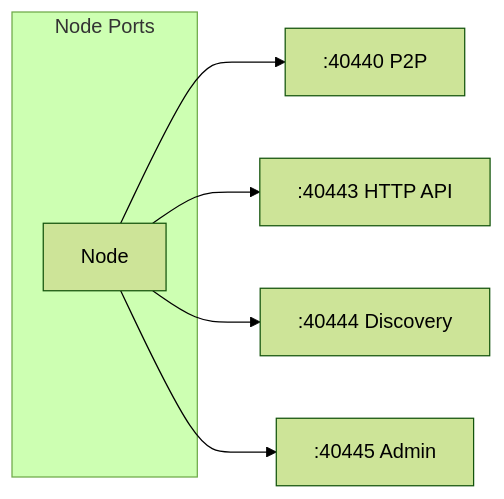
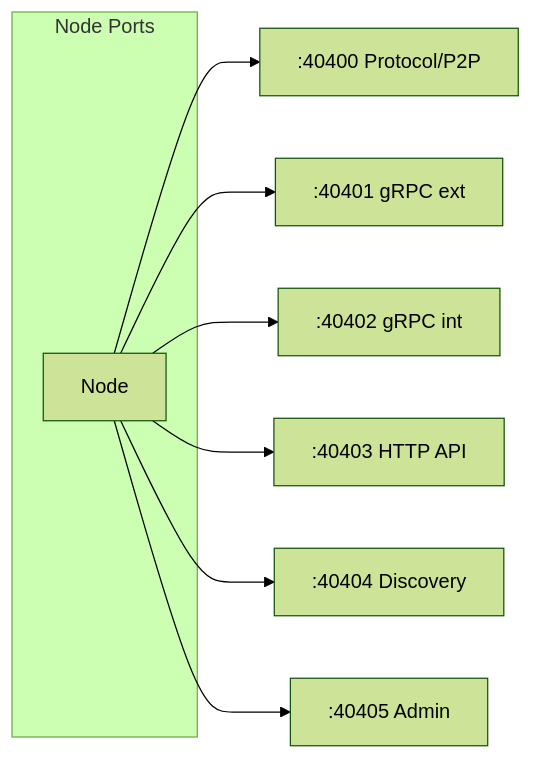
Before and after one commit to asi-alliance/asi-chain-docs-portal: the second of 5 diagrams in architecture/component-diagrams/node/index.md, drawn with Mermaid (forest theme). The commit also changed other lines of this file and 16 other files, not shown here.

````diff
--- a/architecture/component-diagrams/node/index.md
+++ b/architecture/component-diagrams/node/index.md
@@ -34,11 +34,13 @@
 ```mermaid
 graph LR
     subgraph "Node Ports"
         N[Node]
     end
     
-    N --> P1[":40440 P2P"]
-    N --> P2[":40443 HTTP API"]
-    N --> P3[":40444 Discovery"]
-    N --> P4[":40445 Admin"]
+    N --> P1[":40400 Protocol/P2P"]
+    N --> P2[":40401 gRPC ext"]
+    N --> P3[":40402 gRPC int"]
+    N --> P4[":40403 HTTP API"]
+    N --> P5[":40404 Discovery"]
+    N --> P6[":40405 Admin"]
 ```
````
